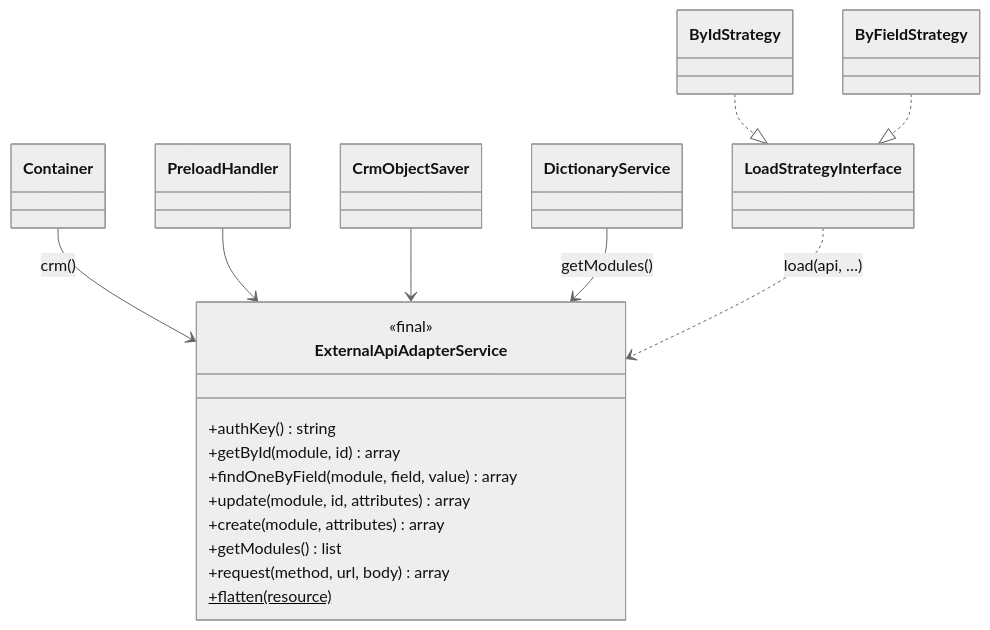
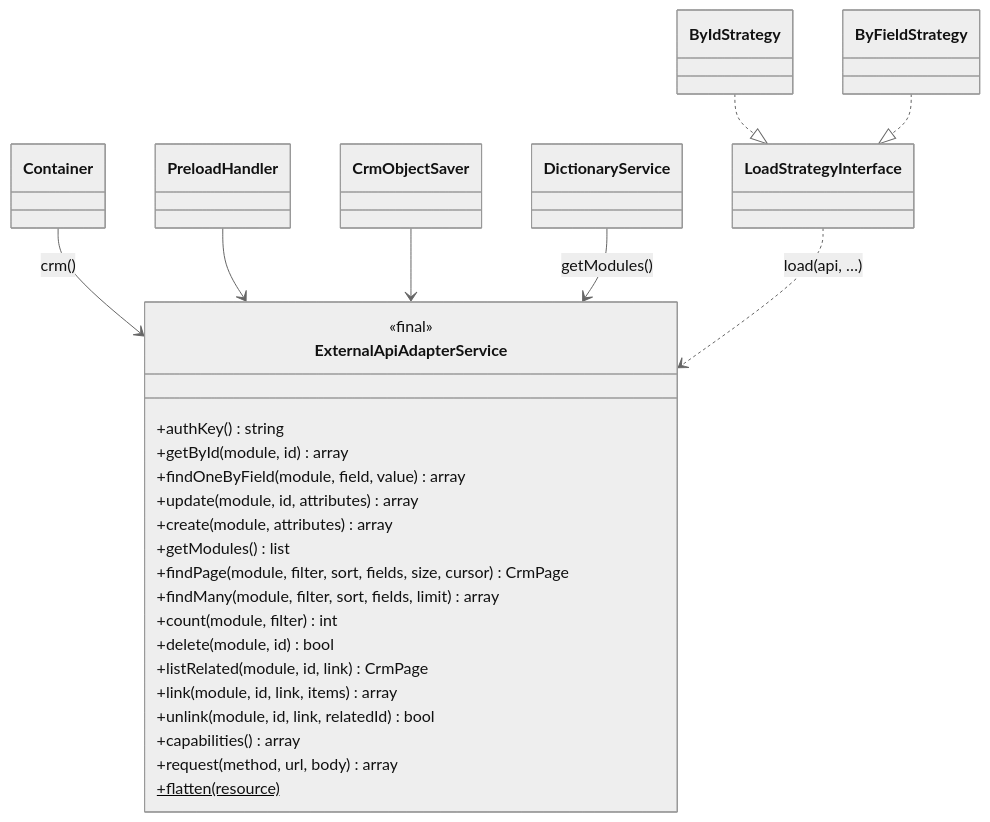
The diagram in doc/en/07-developer-guide/extending/new-crm-adapter.md (madarch-labs/Workflow-Processing-Service), drawn with Mermaid (neutral theme) before and after one commit. The commit also changed other lines of this file and 370 other files, not shown here.

````diff
--- a/doc/en/07-developer-guide/extending/new-crm-adapter.md
+++ b/doc/en/07-developer-guide/extending/new-crm-adapter.md
@@ -17,21 +17,29 @@
 ```mermaid
 classDiagram
     class ExternalApiAdapterService {
         <<final>>
         +authKey() string
         +getById(module, id) array
         +findOneByField(module, field, value) array
         +update(module, id, attributes) array
         +create(module, attributes) array
         +getModules() list
+        +findPage(module, filter, sort, fields, size, cursor) CrmPage
+        +findMany(module, filter, sort, fields, limit) array
+        +count(module, filter) int
+        +delete(module, id) bool
+        +listRelated(module, id, link) CrmPage
+        +link(module, id, link, items) array
+        +unlink(module, id, link, relatedId) bool
+        +capabilities() array
         +request(method, url, body) array
         +flatten(resource)$
     }
     Container --> ExternalApiAdapterService : crm()
     PreloadHandler --> ExternalApiAdapterService
     CrmObjectSaver --> ExternalApiAdapterService
     DictionaryService --> ExternalApiAdapterService : getModules()
     LoadStrategyInterface ..> ExternalApiAdapterService : load(api, …)
     ByIdStrategy ..|> LoadStrategyInterface
     ByFieldStrategy ..|> LoadStrategyInterface
 ```
````
